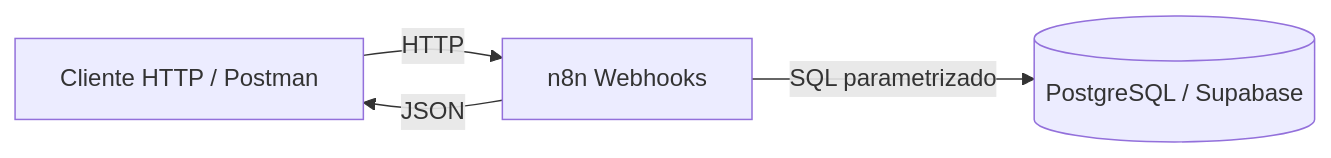
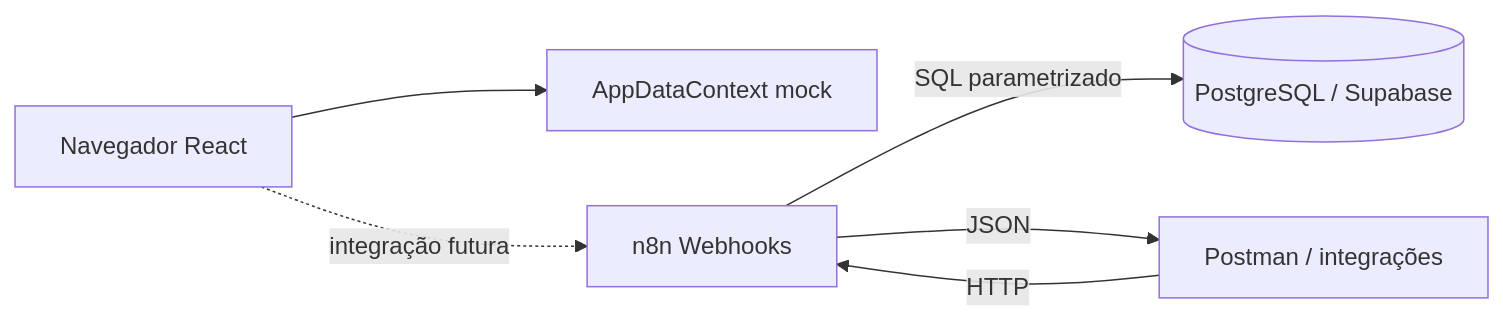
One commit to Victorks4/Bold-Support changed the first of 4 diagrams in docs/architecture.md. Above: the diagram before and after it, drawn with Mermaid. The commit also changed other lines of this file and 4 other files, not shown here.

````diff
--- a/docs/architecture.md
+++ b/docs/architecture.md
@@ -9,10 +7,14 @@
 ```mermaid
 flowchart LR
-  Client[Cliente HTTP / Postman]
+  Browser[Navegador React]
+  Mock[AppDataContext mock]
+  Client[Postman / integrações]
   N8N[n8n Webhooks]
   PG[(PostgreSQL / Supabase)]
 
+  Browser --> Mock
+  Browser -.->|integração futura| N8N
   Client -->|HTTP| N8N
   N8N -->|SQL parametrizado| PG
   N8N -->|JSON| Client
 ```
````
